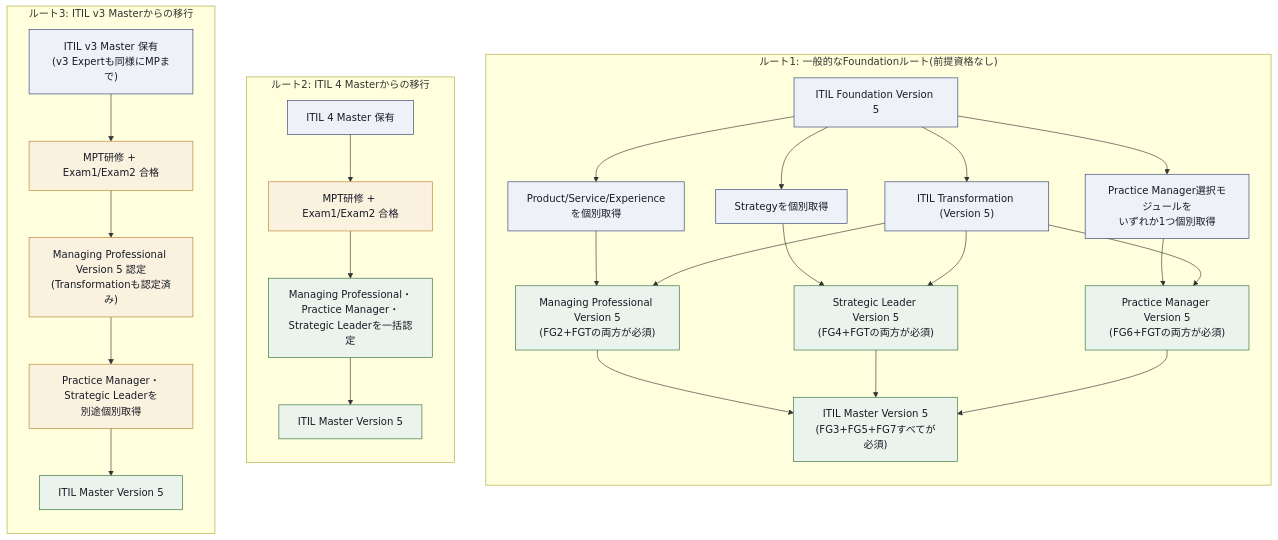
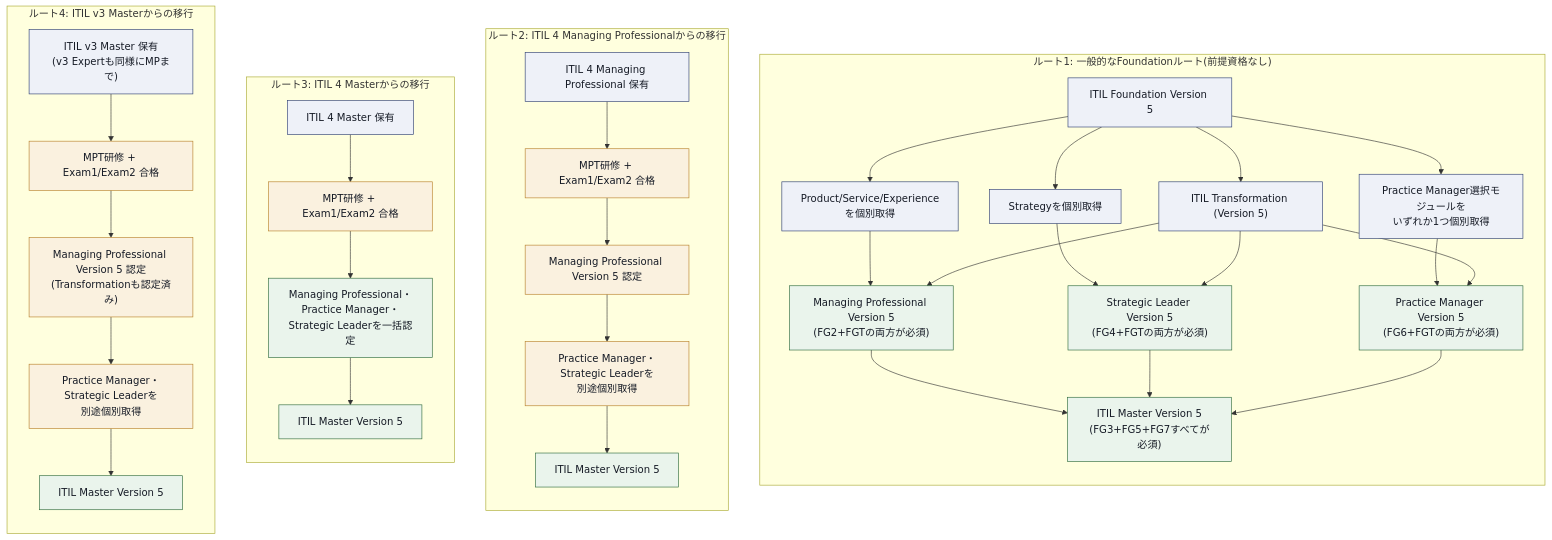
Before and after one commit to myoshi2891/Management-Team-Building-Studies: the first of 9 diagrams in Itil-managing-professional-transition-v5-guide.md, drawn with Mermaid. The commit also changed other lines of this file and 2 other files, not shown here.

Commit message:
docs(itil): distinguish ITIL 4 MP and Master transition routes and add Cynefin domain terms

````diff
--- a/Itil-managing-professional-transition-v5-guide.md
+++ b/Itil-managing-professional-transition-v5-guide.md
@@ -44,41 +45,49 @@
 ```mermaid
 flowchart TB
     subgraph RouteGeneral["ルート1: 一般的なFoundationルート(前提資格なし)"]
         direction TB
         FG["ITIL Foundation Version 5"] --> FG2["Product/Service/Experienceを個別取得"]
         FG2 --> FG3["Managing Professional Version 5<br/>(FG2+FGTの両方が必須)"]
         FG --> FG4["Strategyを個別取得"]
         FG4 --> FG5["Strategic Leader Version 5<br/>(FG4+FGTの両方が必須)"]
         FG --> FG6["Practice Manager選択モジュールを<br/>いずれか1つ個別取得"]
         FG6 --> FG7["Practice Manager Version 5<br/>(FG6+FGTの両方が必須)"]
         FG --> FGT["ITIL Transformation (Version 5)"]
         FGT --> FG3
         FGT --> FG5
         FGT --> FG7
         FG3 --> FG8["ITIL Master Version 5<br/>(FG3+FG5+FG7すべてが必須)"]
         FG5 --> FG8
         FG7 --> FG8
     end
 
-    subgraph Route4["ルート2: ITIL 4 Masterからの移行"]
+    subgraph Route4MP["ルート2: ITIL 4 Managing Professionalからの移行"]
+        direction TB
+        MP4["ITIL 4 Managing Professional 保有"] --> MPT4MP["MPT研修 + Exam1/Exam2 合格"]
+        MPT4MP --> MP4R["Managing Professional Version 5 認定"]
+        MP4R --> MP4S["Practice Manager・Strategic Leaderを<br/>別途個別取得"]
+        MP4S --> MP4M["ITIL Master Version 5"]
+    end
+
+    subgraph Route4["ルート3: ITIL 4 Masterからの移行"]
         direction TB
         M4["ITIL 4 Master 保有"] --> MPT4["MPT研修 + Exam1/Exam2 合格"]
         MPT4 --> M4R["Managing Professional・Practice Manager・<br/>Strategic Leaderを一括認定"]
         M4R --> M4M["ITIL Master Version 5"]
     end
 
-    subgraph RouteV3["ルート3: ITIL v3 Masterからの移行"]
+    subgraph RouteV3["ルート4: ITIL v3 Masterからの移行"]
         direction TB
         M3["ITIL v3 Master 保有<br/>(v3 Expertも同様にMPまで)"] --> MPT3["MPT研修 + Exam1/Exam2 合格"]
         MPT3 --> M3R["Managing Professional Version 5 認定<br/>(Transformationも認定済み)"]
         M3R --> M3S["Practice Manager・Strategic Leaderを<br/>別途個別取得"]
         M3S --> M3M["ITIL Master Version 5"]
     end
 
     classDef box fill:#EEF1F8,stroke:#2E3F72,color:#161B26
     classDef hub fill:#FAF1DF,stroke:#B8802A,color:#161B26
     classDef done fill:#EAF4EC,stroke:#2F6B3D,color:#161B26
-    class FG,FG2,FG4,FG6,FGT,M4,M3 box
-    class MPT4,MPT3,M3R,M3S hub
-    class FG3,FG5,FG7,FG8,M4R,M4M,M3M done
+    class FG,FG2,FG4,FG6,FGT,MP4,M4,M3 box
+    class MPT4MP,MP4R,MP4S,MPT4,MPT3,M3R,M3S hub
+    class FG3,FG5,FG7,FG8,MP4M,M4R,M4M,M3M done
 ```
````
